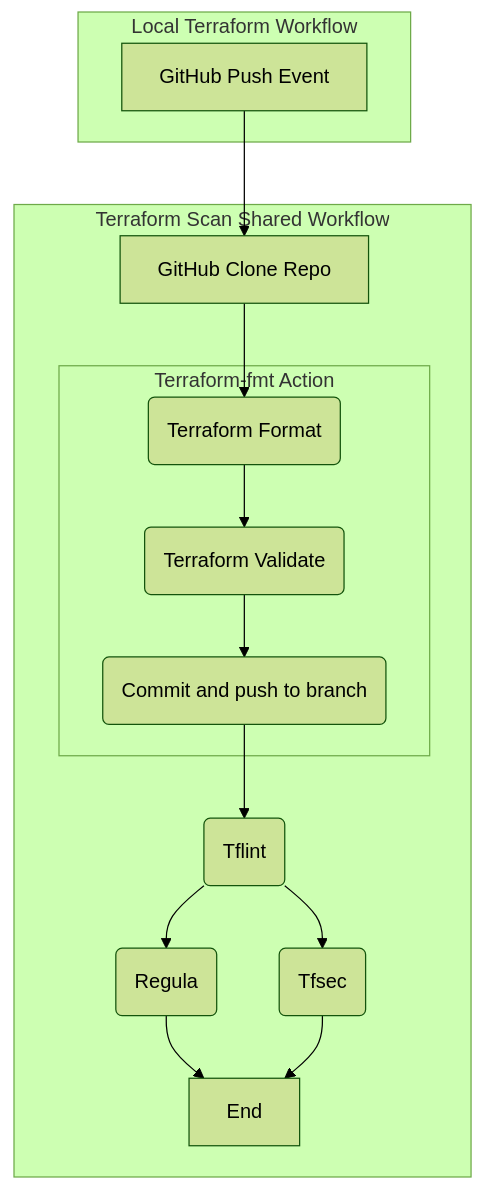
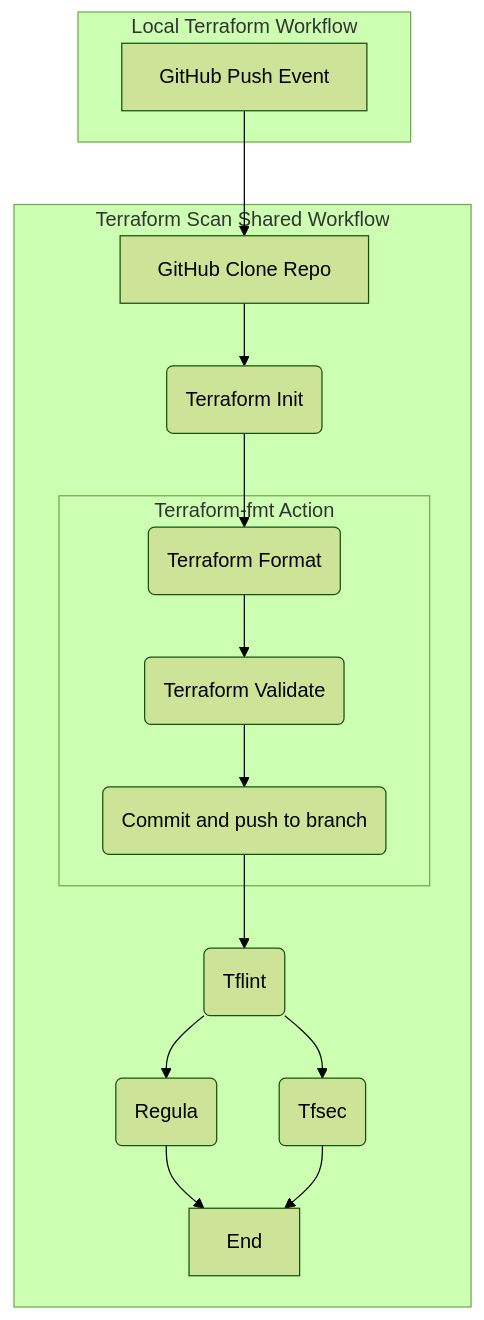
One commit to defenseunicorns/uds-common-workflows changed the diagram in documents/terraform/lint-and-scan.md. Above: the diagram before and after it, drawn with Mermaid (forest theme).

Commit message:
update flow chart to include tfinit

````diff
--- a/documents/terraform/lint-and-scan.md
+++ b/documents/terraform/lint-and-scan.md
@@ -68,24 +68,25 @@
 ```mermaid
 flowchart TB
   subgraph "Local Terraform Workflow"
     push[GitHub Push Event]
   end
 
 
   subgraph "Terraform Scan Shared Workflow"
     push --> clone[GitHub Clone Repo]
+    clone --> tfinit(Terraform Init)
 
     subgraph "Terraform-fmt Action"
       fmt(Terraform Format) --> validate(Terraform Validate)
       validate --> inlinecommit(Commit and push to branch)
     end
 
-    clone --> fmt
+    tfinit --> fmt
     inlinecommit --> tflint
     tflint(Tflint) --> tfsec(Tfsec)
     tflint --> regula(Regula)
     regula --> End
     tfsec --> End
   end
 
 ```
````
